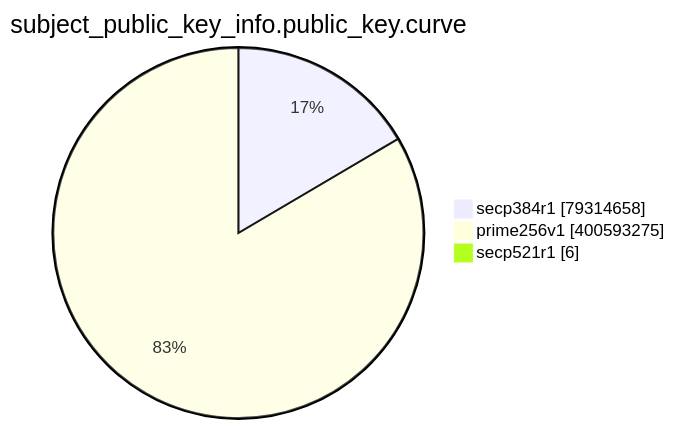
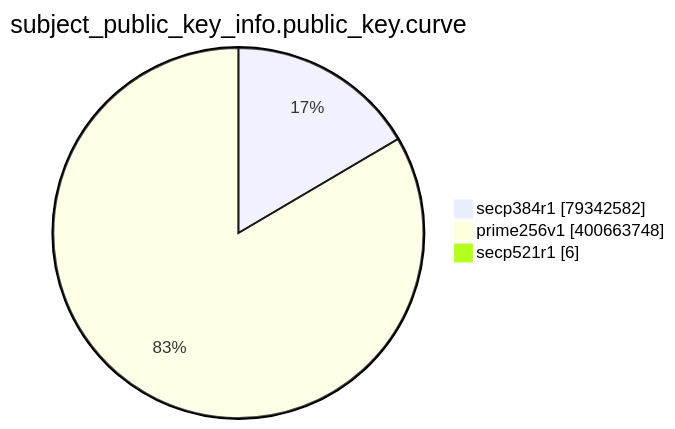
One commit to christiankrug/ctmonitor_visualization changed the eighth of 15 diagrams in TOTAL/README.md. Above: the diagram before and after it, drawn with Mermaid. The commit also changed other lines of this file, not shown here.

````diff
--- a/TOTAL/README.md
+++ b/TOTAL/README.md
@@ -3095,7 +3095,7 @@
 ```mermaid
 pie showData
 title subject_public_key_info.public_key.curve
-"secp384r1" :79314658
-"prime256v1" :400593275
+"secp384r1" :79342582
+"prime256v1" :400663748
 "secp521r1" :6
 ```
````
